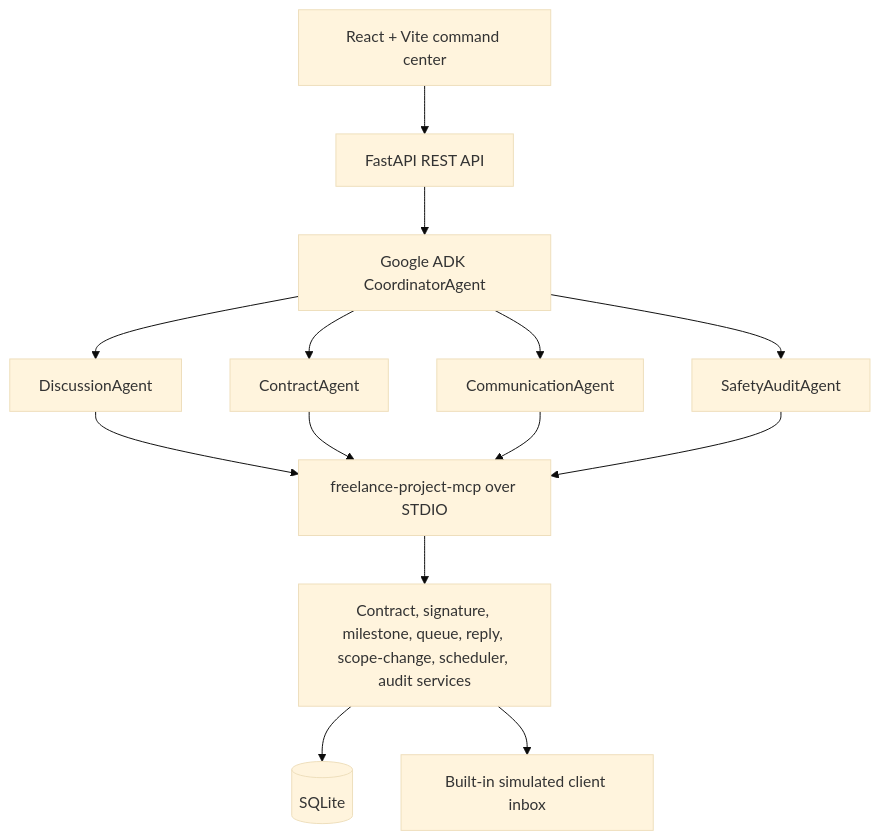
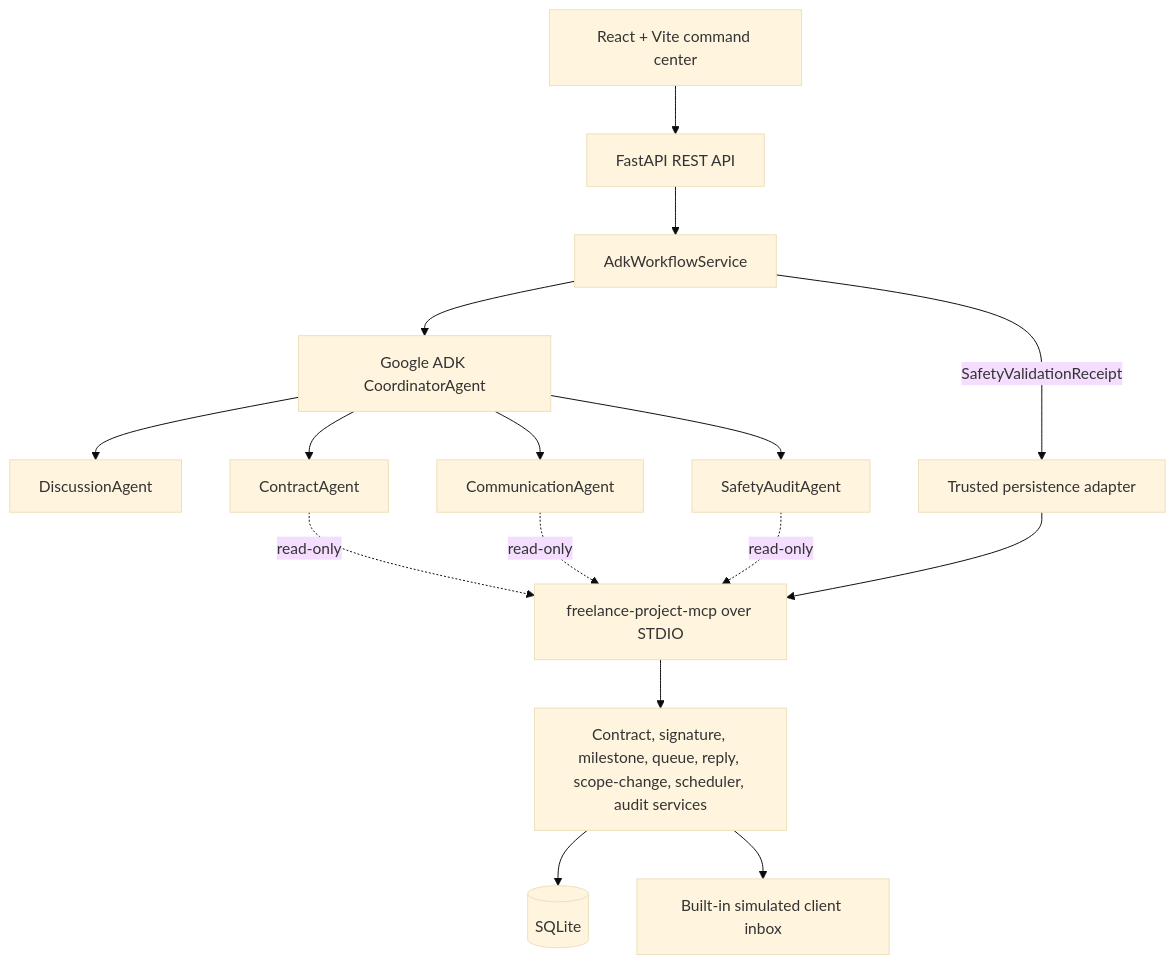
The diagram in README.md (chaziyu/freelance-shield-ai), drawn with Mermaid (base theme) before and after one commit. The commit also changed other lines of this file and 12 other files, not shown here.

````diff
--- a/README.md
+++ b/README.md
@@ -33,16 +33,18 @@
 ```mermaid
 flowchart TD
     UI["React + Vite command center"] --> API["FastAPI REST API"]
-    API --> C["Google ADK CoordinatorAgent"]
+    API --> WF["AdkWorkflowService"]
+    WF --> C["Google ADK CoordinatorAgent"]
     C --> D["DiscussionAgent"]
     C --> K["ContractAgent"]
     C --> M["CommunicationAgent"]
     C --> S["SafetyAuditAgent"]
-    D --> MCP["freelance-project-mcp over STDIO"]
-    K --> MCP
-    M --> MCP
-    S --> MCP
+    K -.->|"read-only"| MCP["freelance-project-mcp over STDIO"]
+    M -.->|"read-only"| MCP
+    S -.->|"read-only"| MCP
+    WF -->|"SafetyValidationReceipt"| Adapter["Trusted persistence adapter"]
+    Adapter --> MCP
     MCP --> Services["Contract, signature, milestone, queue, reply, scope-change, scheduler, audit services"]
     Services --> DB[("SQLite")]
     Services --> Inbox["Built-in simulated client inbox"]
 ```
````
